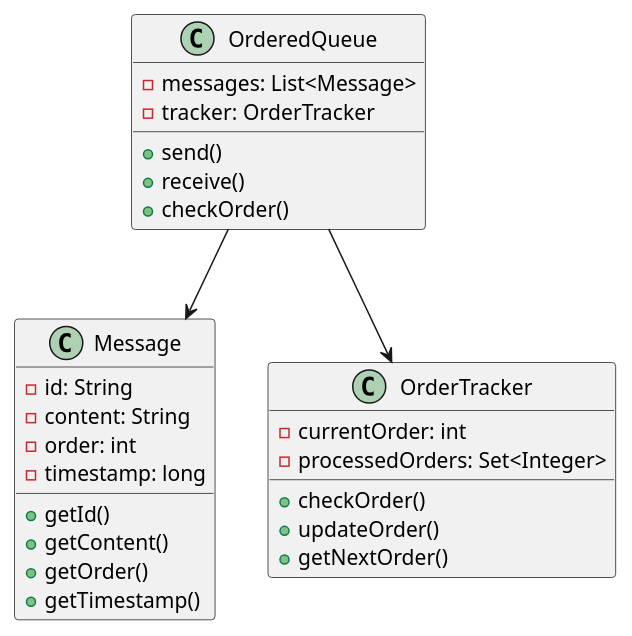
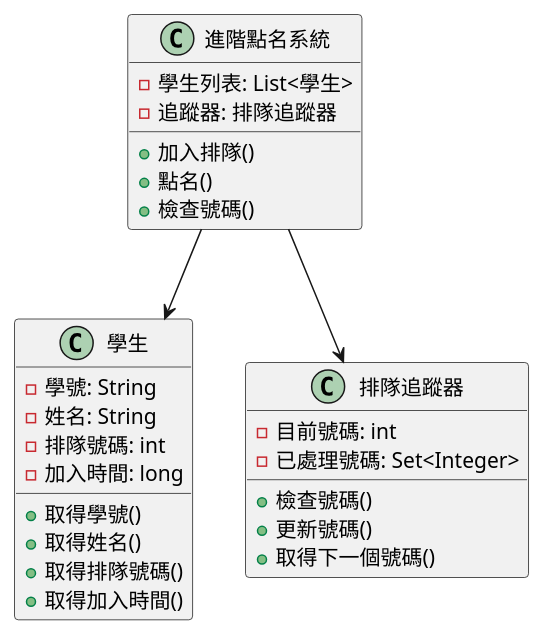
Before and after one commit to fine5351/info-sync: the second of 3 diagrams in doc/learning/architecture/message_queue_ordered_tutorial.md, drawn with PlantUML. The commit also changed other lines of this file and 35 other files, not shown here.

````diff
--- a/doc/learning/architecture/message_queue_ordered_tutorial.md
+++ b/doc/learning/architecture/message_queue_ordered_tutorial.md
@@ -169,33 +169,33 @@
 ```plantuml
 @startuml
-class Message {
-    - id: String
-    - content: String
-    - order: int
-    - timestamp: long
-    + getId()
-    + getContent()
-    + getOrder()
-    + getTimestamp()
+class 學生 {
+    - 學號: String
+    - 姓名: String
+    - 排隊號碼: int
+    - 加入時間: long
+    + 取得學號()
+    + 取得姓名()
+    + 取得排隊號碼()
+    + 取得加入時間()
 }
 
-class OrderTracker {
-    - currentOrder: int
-    - processedOrders: Set<Integer>
-    + checkOrder()
-    + updateOrder()
-    + getNextOrder()
+class 排隊追蹤器 {
+    - 目前號碼: int
+    - 已處理號碼: Set<Integer>
+    + 檢查號碼()
+    + 更新號碼()
+    + 取得下一個號碼()
 }
 
-class OrderedQueue {
-    - messages: List<Message>
-    - tracker: OrderTracker
-    + send()
-    + receive()
-    + checkOrder()
+class 進階點名系統 {
+    - 學生列表: List<學生>
+    - 追蹤器: 排隊追蹤器
+    + 加入排隊()
+    + 點名()
+    + 檢查號碼()
 }
 
-OrderedQueue --> Message
-OrderedQueue --> OrderTracker
+進階點名系統 --> 學生
+進階點名系統 --> 排隊追蹤器
 @enduml
 ```
````
